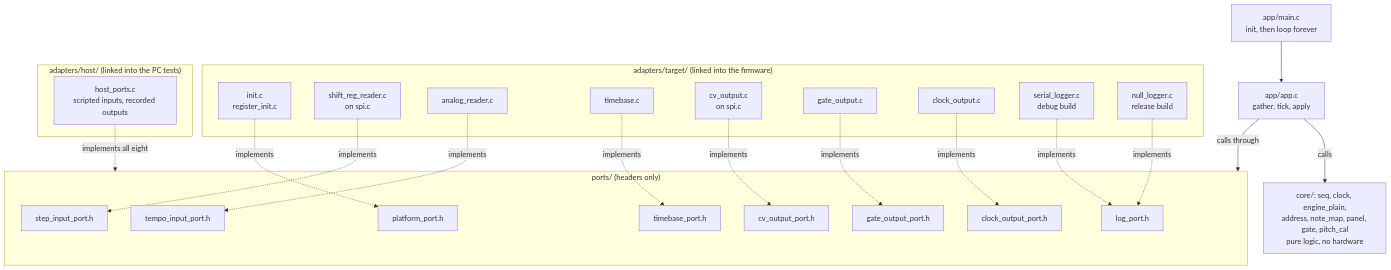
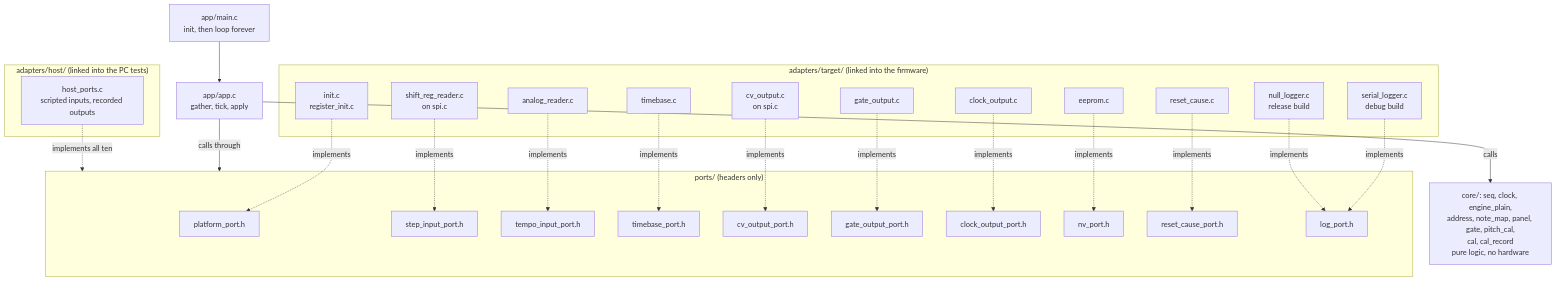
The second of 23 diagrams in docs/ARCHITECTURE.md (BonelessPig/nano_sequencer), drawn with Mermaid before and after one commit. The commit also changed other lines of this file and 39 other files, not shown here.

````diff
--- a/docs/ARCHITECTURE.md
+++ b/docs/ARCHITECTURE.md
@@ -53,40 +56,46 @@
 ```mermaid
 flowchart TD
     main["app/main.c<br/>init, then loop forever"] --> app["app/app.c<br/>gather, tick, apply"]
-    app -->|"calls"| core["core/: seq, clock, engine_plain,<br/>address, note_map, panel, gate, pitch_cal<br/>pure logic, no hardware"]
+    app -->|"calls"| core["core/: seq, clock, engine_plain,<br/>address, note_map, panel, gate, pitch_cal,<br/>cal, cal_record<br/>pure logic, no hardware"]
     app -->|"calls through"| ports
     subgraph ports["ports/ (headers only)"]
         p_platform["platform_port.h"]
         p_step["step_input_port.h"]
         p_tempo["tempo_input_port.h"]
         p_time["timebase_port.h"]
         p_cv["cv_output_port.h"]
         p_gate["gate_output_port.h"]
         p_clock["clock_output_port.h"]
+        p_nv["nv_port.h"]
+        p_reset["reset_cause_port.h"]
         p_log["log_port.h"]
     end
     subgraph target["adapters/target/ (linked into the firmware)"]
         t_init["init.c<br/>register_init.c"]
         t_shift["shift_reg_reader.c<br/>on spi.c"]
         t_adc["analog_reader.c"]
         t_time["timebase.c"]
         t_cv["cv_output.c<br/>on spi.c"]
         t_gate["gate_output.c"]
         t_clock["clock_output.c"]
+        t_nv["eeprom.c"]
+        t_reset["reset_cause.c"]
         t_serial["serial_logger.c<br/>debug build"]
         t_null["null_logger.c<br/>release build"]
     end
     subgraph host["adapters/host/ (linked into the PC tests)"]
         h_ports["host_ports.c<br/>scripted inputs, recorded outputs"]
     end
     t_init -.->|"implements"| p_platform
     t_shift -.->|"implements"| p_step
     t_adc -.->|"implements"| p_tempo
     t_time -.->|"implements"| p_time
     t_cv -.->|"implements"| p_cv
     t_gate -.->|"implements"| p_gate
     t_clock -.->|"implements"| p_clock
+    t_nv -.->|"implements"| p_nv
+    t_reset -.->|"implements"| p_reset
     t_serial -.->|"implements"| p_log
     t_null -.->|"implements"| p_log
-    h_ports -.->|"implements all eight"| ports
+    h_ports -.->|"implements all ten"| ports
 ```
````
